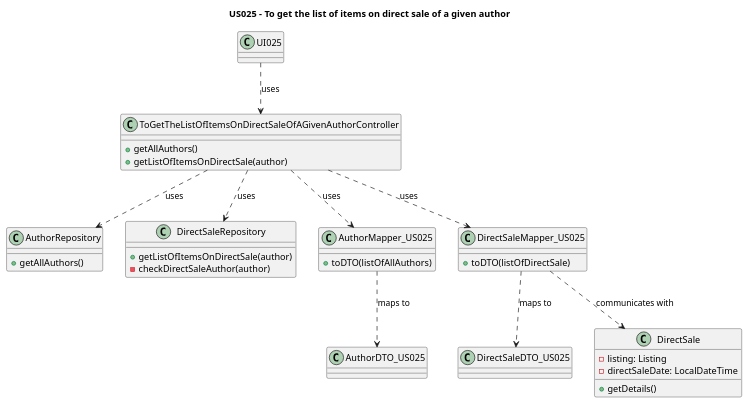
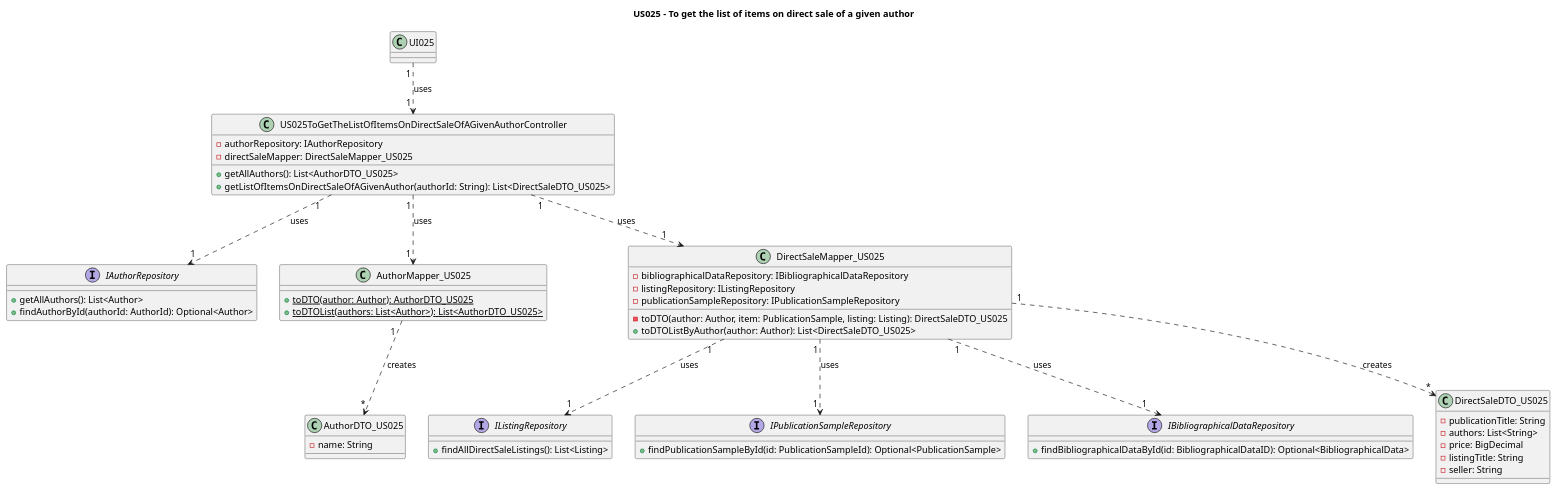
One commit to AndrePereiraGitH/SWitCH-Project-Team_A changed the diagram in Diagrams/ClassDiagrams/US025-to-get-the-list-of-items-on-direct-sale-of-a-given-author.puml. Above: the diagram before and after it, drawn with PlantUML. The commit also changed 5 other files, not shown here.

```diff
--- a/Diagrams/ClassDiagrams/US025-to-get-the-list-of-items-on-direct-sale-of-a-given-author.puml
+++ b/Diagrams/ClassDiagrams/US025-to-get-the-list-of-items-on-direct-sale-of-a-given-author.puml
@@ -1,57 +1,72 @@
 @startuml
 title US025 - To get the list of items on direct sale of a given author
 
 ' UI Layer
 class UI025 {
 }
 
 ' Controller
-class ToGetTheListOfItemsOnDirectSaleOfAGivenAuthorController {
-  +getAllAuthors()
-  +getListOfItemsOnDirectSale(author)
+class US025ToGetTheListOfItemsOnDirectSaleOfAGivenAuthorController {
+  -authorRepository: IAuthorRepository
+  -directSaleMapper: DirectSaleMapper_US025
+  +getAllAuthors(): List<AuthorDTO_US025>
+  +getListOfItemsOnDirectSaleOfAGivenAuthor(authorId: String): List<DirectSaleDTO_US025>
 }
 
 ' Repositories
-class AuthorRepository {
-  +getAllAuthors()
+interface IAuthorRepository {
+  +getAllAuthors(): List<Author>
+  +findAuthorById(authorId: AuthorId): Optional<Author>
 }
 
-class DirectSaleRepository {
-  +getListOfItemsOnDirectSale(author)
-  -checkDirectSaleAuthor(author)
+interface IListingRepository {
+  +findAllDirectSaleListings(): List<Listing>
+}
+
+interface IPublicationSampleRepository {
+  +findPublicationSampleById(id: PublicationSampleId): Optional<PublicationSample>
+}
+
+interface IBibliographicalDataRepository {
+  +findBibliographicalDataById(id: BibliographicalDataID): Optional<BibliographicalData>
 }
 
 ' DTOs
 class AuthorDTO_US025 {
+  -name: String
 }
 
 class DirectSaleDTO_US025 {
+  -publicationTitle: String
+  -authors: List<String>
+  -price: BigDecimal
+  -listingTitle: String
+  -seller: String
 }
 
 ' Mappers
 class AuthorMapper_US025 {
-  +toDTO(listOfAllAuthors)
+  +{static} toDTO(author: Author): AuthorDTO_US025
+  +{static} toDTOList(authors: List<Author>): List<AuthorDTO_US025>
 }
 
 class DirectSaleMapper_US025 {
-  +toDTO(listOfDirectSale)
-}
-
-' Domain classes
-class DirectSale {
-  - listing: Listing
-  - directSaleDate: LocalDateTime
-  +getDetails()
+  -bibliographicalDataRepository: IBibliographicalDataRepository
+  -listingRepository: IListingRepository
+  -publicationSampleRepository: IPublicationSampleRepository
+  -toDTO(author: Author, item: PublicationSample, listing: Listing): DirectSaleDTO_US025
+  +toDTOListByAuthor(author: Author): List<DirectSaleDTO_US025>
 }
 
 ' Interactions
-UI025 ..> ToGetTheListOfItemsOnDirectSaleOfAGivenAuthorController : uses
-ToGetTheListOfItemsOnDirectSaleOfAGivenAuthorController ..> DirectSaleRepository : uses
-ToGetTheListOfItemsOnDirectSaleOfAGivenAuthorController ..> AuthorRepository : uses
-AuthorMapper_US025 ..> AuthorDTO_US025 : maps to
-DirectSaleMapper_US025 ..> DirectSaleDTO_US025 : maps to
-ToGetTheListOfItemsOnDirectSaleOfAGivenAuthorController ..> AuthorMapper_US025 : uses
-ToGetTheListOfItemsOnDirectSaleOfAGivenAuthorController ..> DirectSaleMapper_US025 : uses
-DirectSaleMapper_US025 ..> DirectSale : communicates with
+UI025 "1 " ..> "1 " US025ToGetTheListOfItemsOnDirectSaleOfAGivenAuthorController : uses
+US025ToGetTheListOfItemsOnDirectSaleOfAGivenAuthorController "1 " ..> "1 " IAuthorRepository : uses
+US025ToGetTheListOfItemsOnDirectSaleOfAGivenAuthorController "1 " ..> "1 " AuthorMapper_US025 : uses
+US025ToGetTheListOfItemsOnDirectSaleOfAGivenAuthorController "1 " ..> "1 " DirectSaleMapper_US025 : uses
+AuthorMapper_US025 "1  " ..> " *" AuthorDTO_US025 : creates
+DirectSaleMapper_US025 "1 " ..> "*" DirectSaleDTO_US025 : creates
+DirectSaleMapper_US025 "1 " ..> "1 " IListingRepository : uses
+DirectSaleMapper_US025 "1 " ..> "1 " IPublicationSampleRepository : uses
+DirectSaleMapper_US025 "1 " ..> "1 " IBibliographicalDataRepository : uses
 
 @enduml
```
